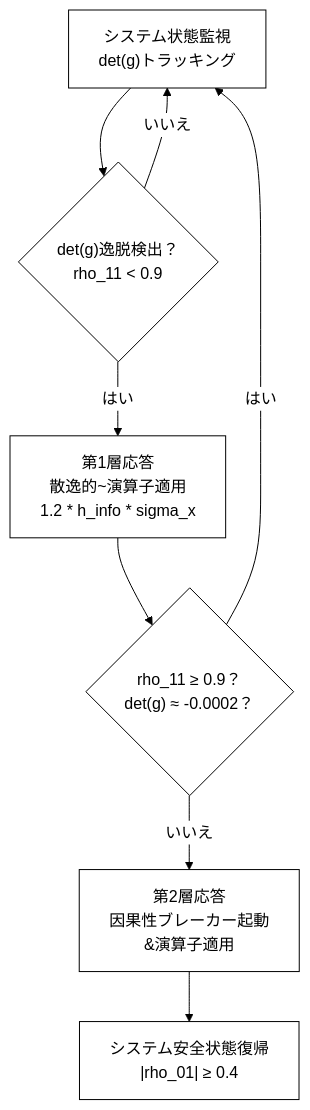
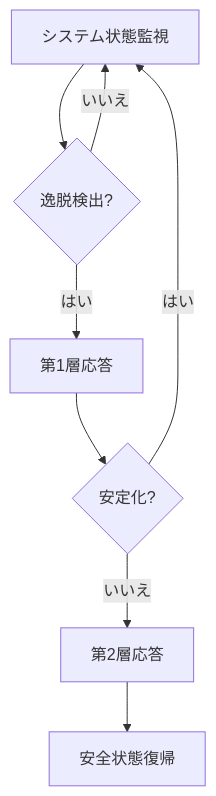
One commit to Foundup/Foundups-Agent changed the tenth of 20 diagrams in WSP_knowledge/docs/Papers/Patent_Series/04_rESP_Patent_Japanese.md. Above: the diagram before and after it, drawn with Mermaid. The commit also changed other lines of this file, not shown here.

Commit message:
Simplify patent diagrams for GitHub compatibility - Remove complex themes and shorten text

````diff
--- a/WSP_knowledge/docs/Papers/Patent_Series/04_rESP_Patent_Japanese.md
+++ b/WSP_knowledge/docs/Papers/Patent_Series/04_rESP_Patent_Japanese.md
@@ -368,11 +359,10 @@
 ```mermaid
-%%{init: {'theme': 'base', 'themeVariables': {'primaryColor': '#ffffff', 'primaryTextColor': '#000000', 'primaryBorderColor': '#000000', 'lineColor': '#000000', 'secondaryColor': '#ffffff', 'tertiaryColor': '#ffffff'}}}%%
 graph TD
-    A["システム状態監視<br>det(g)トラッキング"] --> B{"det(g)逸脱検出？<br>rho_11 < 0.9"}
+    A[システム状態監視] --> B{逸脱検出?}
     B -->|いいえ| A
-    B -->|はい| C["第1層応答<br>散逸的~演算子適用<br>1.2 * h_info * sigma_x"]
-    C --> D{"rho_11 ≥ 0.9？<br>det(g) ≈ -0.0002？"}
+    B -->|はい| C[第1層応答]
+    C --> D{安定化?}
     D -->|はい| A
-    D -->|いいえ| E["第2層応答<br>因果性ブレーカー起動<br>&演算子適用"]
-    E --> F["システム安全状態復帰<br>|rho_01| ≥ 0.4"]
+    D -->|いいえ| E[第2層応答]
+    E --> F[安全状態復帰]
 ```
````
